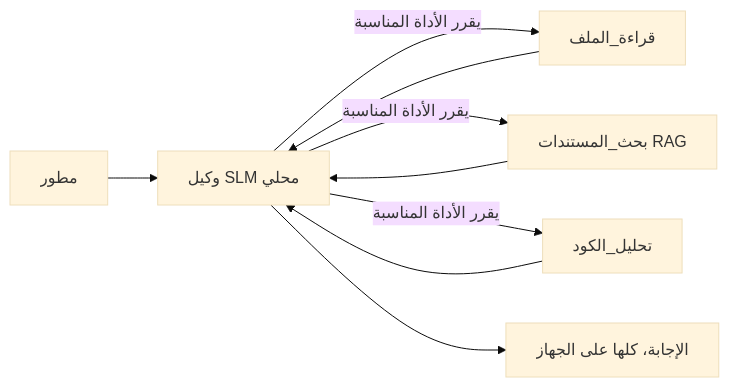
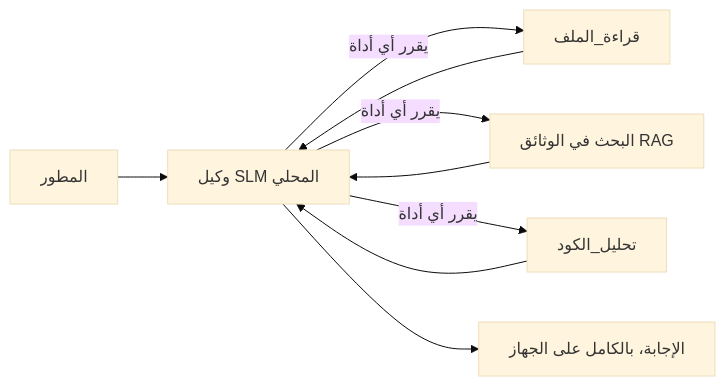
Before and after one commit to gabrielmoreira/agent-skills-mirror: the first of 4 diagrams in mirrors/repos/microsoft@ai-agents-for-beginners/translations/ar/17-creating-local-ai-agents/README.md, drawn with Mermaid (base theme). The commit also changed other lines of this file and 4262 other files, not shown here.

````diff
--- a/mirrors/repos/microsoft@ai-agents-for-beginners/translations/ar/17-creating-local-ai-agents/README.md
+++ b/mirrors/repos/microsoft@ai-agents-for-beginners/translations/ar/17-creating-local-ai-agents/README.md
@@ -66,11 +66,11 @@
 ```mermaid
 flowchart LR
-    U[مطور] --> A[وكيل SLM محلي]
-    A -->|يقرر الأداة المناسبة| T1[قراءة_الملف]
-    A -->|يقرر الأداة المناسبة| T2[بحث_المستندات RAG]
-    A -->|يقرر الأداة المناسبة| T3[تحليل_الكود]
+    U[المطور] --> A[وكيل SLM المحلي]
+    A -->|يقرر أي أداة| T1[قراءة_الملف]
+    A -->|يقرر أي أداة| T2[البحث في الوثائق RAG]
+    A -->|يقرر أي أداة| T3[تحليل_الكود]
     T1 --> A
     T2 --> A
     T3 --> A
-    A --> R[الإجابة، كلها على الجهاز]
+    A --> R[الإجابة، بالكامل على الجهاز]
 ```
````
